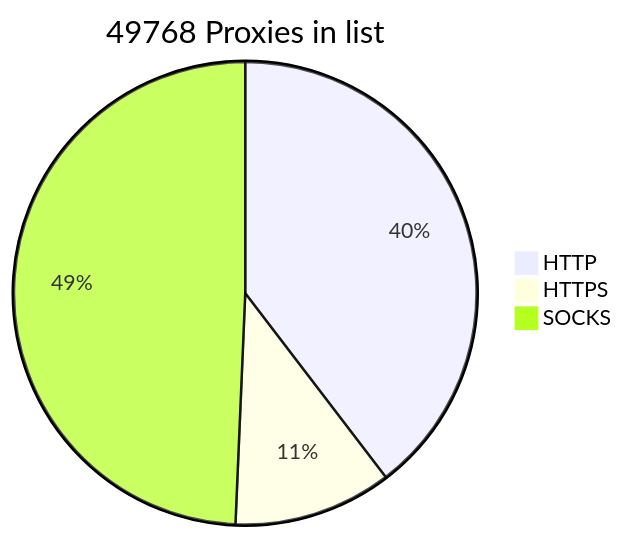
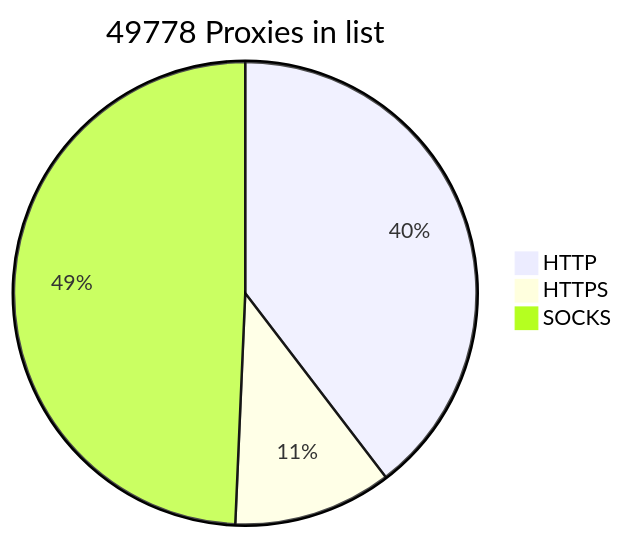
The diagram in README.md (BlackSnowDot/proxylist-update-every-minute), drawn with Mermaid before and after one commit.

````diff
--- a/README.md
+++ b/README.md
@@ -2,6 +2,6 @@
 ```mermaid
-pie title 49768 Proxies in list
-    "HTTP" : 21847
-    "HTTPS": 6100
-    "SOCKS" : 27203
+pie title 49778 Proxies in list
+    "HTTP" : 21853
+    "HTTPS": 6109
+    "SOCKS" : 27204
 ```
````
